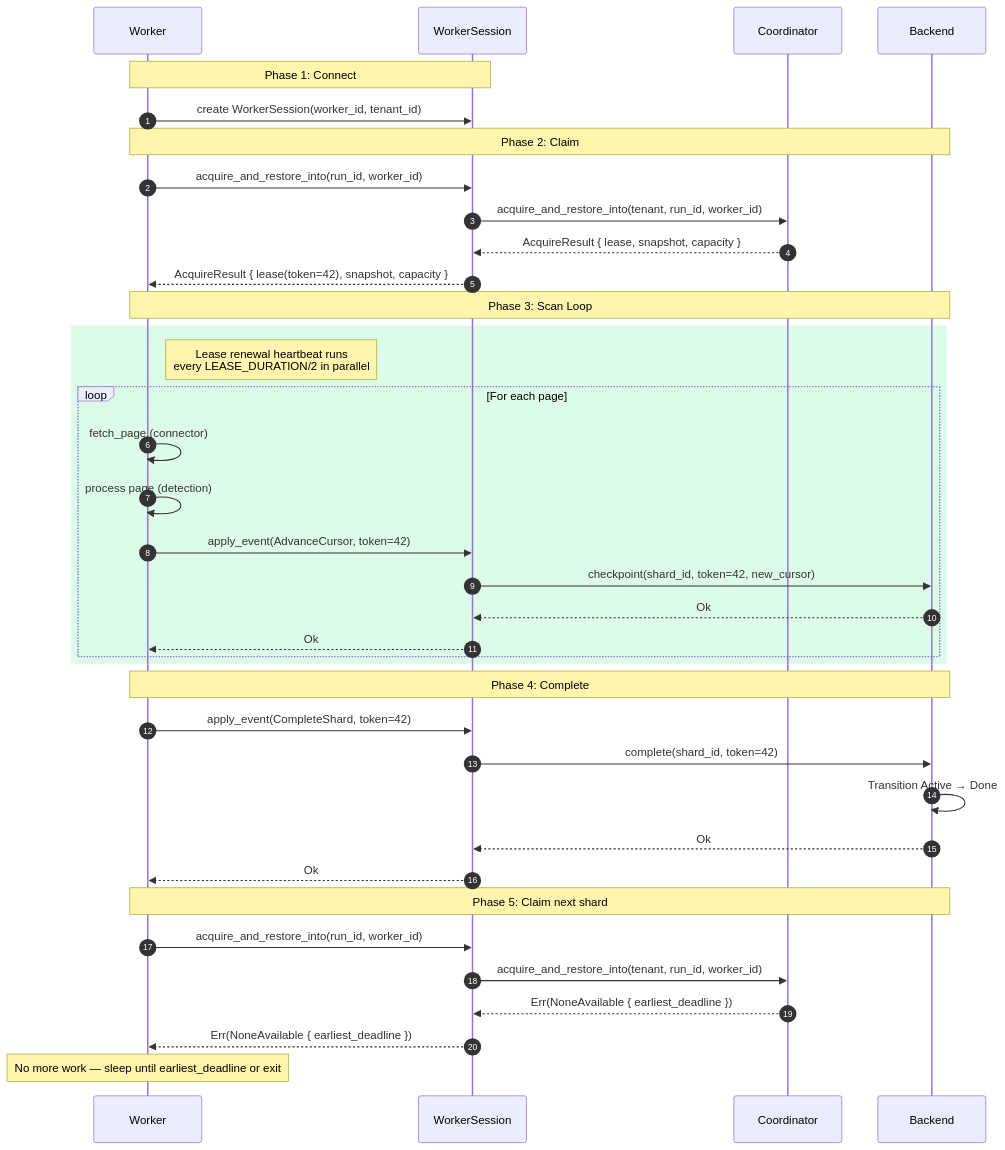
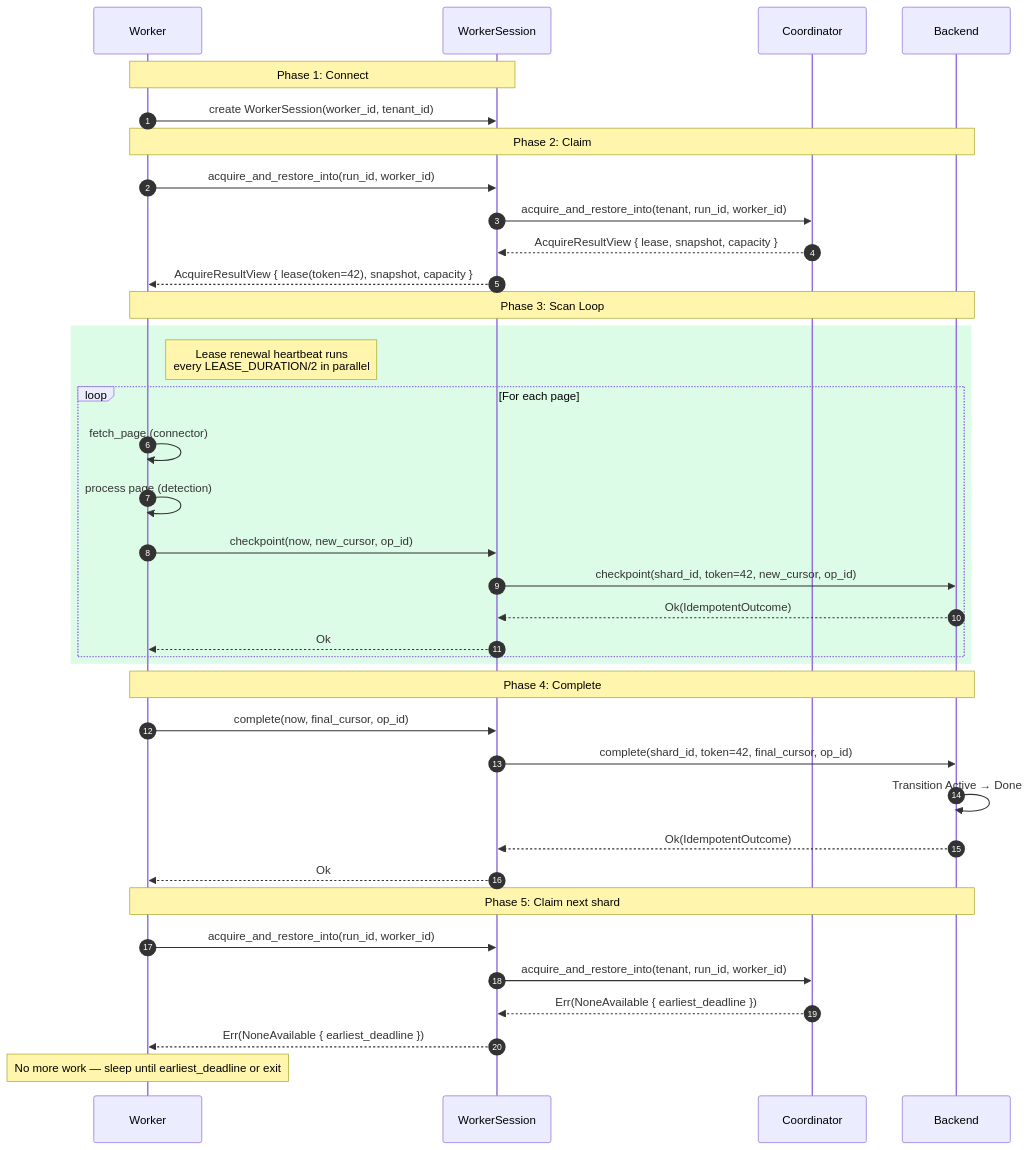
The fourth of 7 diagrams in diagrams/07-lease-lifecycle.md (ahrav/Gossip-rs), drawn with Mermaid before and after one commit. The commit also changed other lines of this file and 5 other files, not shown here.

Commit message:
Update diagram documentation: refine 12-step scan sequence and clarify boundary roles

````diff
--- a/diagrams/07-lease-lifecycle.md
+++ b/diagrams/07-lease-lifecycle.md
@@ -211,48 +211,48 @@
 ```mermaid
 %% Diagram: full-worker-session-lifecycle
 sequenceDiagram
     autonumber
     participant W as Worker
     participant WS as WorkerSession
     participant CO as Coordinator
     participant BE as Backend
 
     Note over W,WS: Phase 1: Connect
     W->>WS: create WorkerSession(worker_id, tenant_id)
 
     Note over W,BE: Phase 2: Claim
     W->>WS: acquire_and_restore_into(run_id, worker_id)
     WS->>CO: acquire_and_restore_into(tenant, run_id, worker_id)
-    CO-->>WS: AcquireResult { lease, snapshot, capacity }
-    WS-->>W: AcquireResult { lease(token=42), snapshot, capacity }
+    CO-->>WS: AcquireResultView { lease, snapshot, capacity }
+    WS-->>W: AcquireResultView { lease(token=42), snapshot, capacity }
 
     Note over W,BE: Phase 3: Scan Loop
 
     rect rgb(220, 252, 231)
         Note right of W: Lease renewal heartbeat runs<br/>every LEASE_DURATION/2 in parallel
 
         loop For each page
             W->>W: fetch_page (connector)
             W->>W: process page (detection)
-            W->>WS: apply_event(AdvanceCursor, token=42)
-            WS->>BE: checkpoint(shard_id, token=42, new_cursor)
-            BE-->>WS: Ok
+            W->>WS: checkpoint(now, new_cursor, op_id)
+            WS->>BE: checkpoint(shard_id, token=42, new_cursor, op_id)
+            BE-->>WS: Ok(IdempotentOutcome)
             WS-->>W: Ok
         end
     end
 
     Note over W,BE: Phase 4: Complete
-    W->>WS: apply_event(CompleteShard, token=42)
-    WS->>BE: complete(shard_id, token=42)
+    W->>WS: complete(now, final_cursor, op_id)
+    WS->>BE: complete(shard_id, token=42, final_cursor, op_id)
     BE->>BE: Transition Active → Done
-    BE-->>WS: Ok
+    BE-->>WS: Ok(IdempotentOutcome)
     WS-->>W: Ok
 
     Note over W,BE: Phase 5: Claim next shard
     W->>WS: acquire_and_restore_into(run_id, worker_id)
     WS->>CO: acquire_and_restore_into(tenant, run_id, worker_id)
     CO-->>WS: Err(NoneAvailable { earliest_deadline })
     WS-->>W: Err(NoneAvailable { earliest_deadline })
 
     Note over W: No more work — sleep until earliest_deadline or exit
 ```
````
